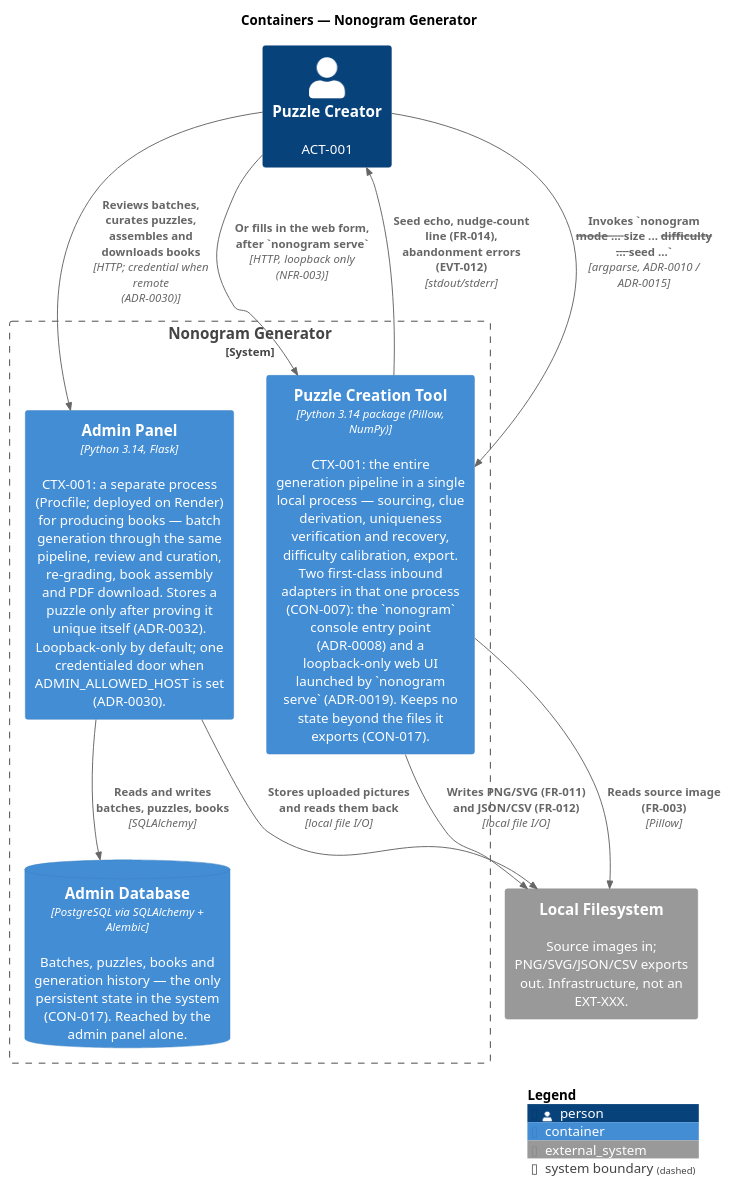
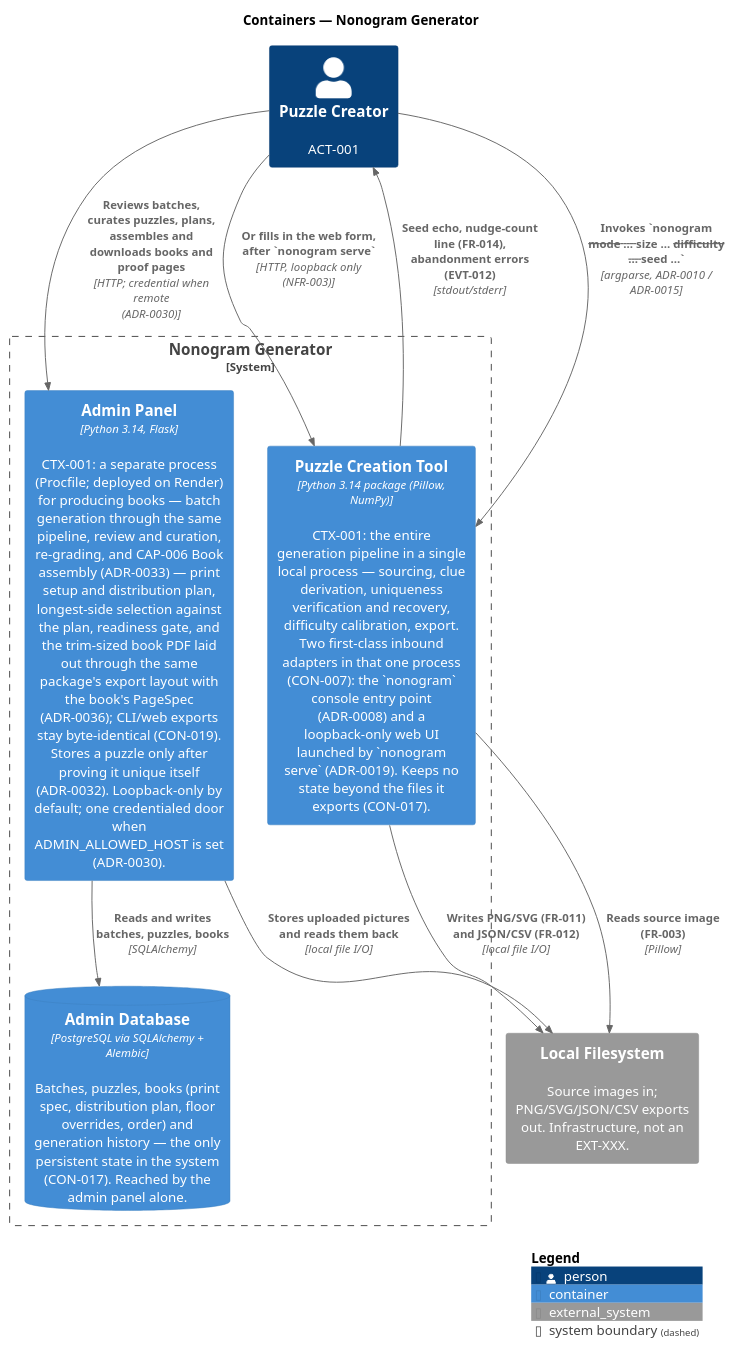
Before and after one commit to et0175/nonogram: the diagram in meta/architecture/c4/containers.puml, drawn with PlantUML. The commit also changed 5 other files, not shown here.

First line of the commit message:
arch: book generator synthesis — C4, trace, Increments 13-16

```diff
--- a/meta/architecture/c4/containers.puml
+++ b/meta/architecture/c4/containers.puml
@@ -1,57 +1,61 @@
 @startuml
 !include <C4/C4_Container>
 ' ============================================================
 ' C4 Containers Diagram — Auto-generated by forge:architect-synthesis.
 ' Do not edit manually.
 ' Generated from:
 '   CTX-001 (Puzzle Creation) — the ONLY bounded context; contexts.yml
 '     context_map is EMPTY (nothing to integrate with), so there is no
 '     broker, no gateway and no ACL container.
 '   platform.yml: stack = Python 3.14 + Pillow + NumPy (ADR-0006);
 '     runtime = installable src-layout package, PEP 621 pyproject.toml,
 '     [project.scripts] console entry point (ADR-0008);
 '     style = layered pipeline package (ADR-0007).
 '   CON-007 (CLI and web UI both first-class — superseded CON-001)
 '   CON-017 (the pipeline persists nothing beyond its exports; the admin
 '     panel keeps a database and is the only exception — superseded
 '     CON-003 on 2026-09-22, CARD-111)
 ' Three containers, one bounded context (CARD-112, 2026-09-22 — this
 ' diagram showed one until then, because CON-003 forbade the other two):
 '   - the generation tool: the CLI and the web UI are two adapters in ONE
 '     process, because ADR-0008 keeps a single console entry point and
 '     `nonogram serve` is a subcommand of it — a second adapter, not a
 '     second container;
 '   - the admin panel: a separate process with its own entry point
 '     (Procfile), deployed on Render;
 '   - its database, which only the admin panel reaches.
 ' Their internal seams are C4 Level 3 — see components-CTX-001.puml.
+' DELTA 2026-09-22 (book generator, ADR-0033): Book assembly (CAP-006,
+'   AGG-002) stays in CTX-001 inside the admin panel — no container added, the
+'   context map stays empty. Only the admin panel's and database's
+'   descriptions change.
 ' ============================================================
 title Containers — Nonogram Generator
 
 Person(puzzleCreator, "Puzzle Creator", "ACT-001")
 
 System_Boundary(nonogram, "Nonogram Generator") {
   Container(cliTool, "Puzzle Creation Tool", "Python 3.14 package (Pillow, NumPy)", "CTX-001: the entire generation pipeline in a single local process — sourcing, clue derivation, uniqueness verification and recovery, difficulty calibration, export. Two first-class inbound adapters in that one process (CON-007): the `nonogram` console entry point (ADR-0008) and a loopback-only web UI launched by `nonogram serve` (ADR-0019). Keeps no state beyond the files it exports (CON-017).")
 
-  Container(adminPanel, "Admin Panel", "Python 3.14, Flask", "CTX-001: a separate process (Procfile; deployed on Render) for producing books — batch generation through the same pipeline, review and curation, re-grading, book assembly and PDF download. Stores a puzzle only after proving it unique itself (ADR-0032). Loopback-only by default; one credentialed door when ADMIN_ALLOWED_HOST is set (ADR-0030).")
+  Container(adminPanel, "Admin Panel", "Python 3.14, Flask", "CTX-001: a separate process (Procfile; deployed on Render) for producing books — batch generation through the same pipeline, review and curation, re-grading, and CAP-006 Book assembly (ADR-0033) — print setup and distribution plan, longest-side selection against the plan, readiness gate, and the trim-sized book PDF laid out through the same package's export layout with the book's PageSpec (ADR-0036); CLI/web exports stay byte-identical (CON-019). Stores a puzzle only after proving it unique itself (ADR-0032). Loopback-only by default; one credentialed door when ADMIN_ALLOWED_HOST is set (ADR-0030).")
 
-  ContainerDb(database, "Admin Database", "PostgreSQL via SQLAlchemy + Alembic", "Batches, puzzles, books and generation history — the only persistent state in the system (CON-017). Reached by the admin panel alone.")
+  ContainerDb(database, "Admin Database", "PostgreSQL via SQLAlchemy + Alembic", "Batches, puzzles, books (print spec, distribution plan, floor overrides, order) and generation history — the only persistent state in the system (CON-017). Reached by the admin panel alone.")
 }
 
 System_Ext(filesystem, "Local Filesystem", "Source images in; PNG/SVG/JSON/CSV exports out. Infrastructure, not an EXT-XXX.")
 
 Rel(puzzleCreator, cliTool, "Invokes `nonogram --mode ... --size ... --difficulty ... --seed ...`", "argparse, ADR-0010 / ADR-0015")
 Rel(cliTool, puzzleCreator, "Seed echo, nudge-count line (FR-014), abandonment errors (EVT-012)", "stdout/stderr")
 Rel(puzzleCreator, cliTool, "Or fills in the web form, after `nonogram serve`", "HTTP, loopback only (NFR-003)")
 Rel(cliTool, filesystem, "Reads source image (FR-003)", "Pillow")
 Rel(cliTool, filesystem, "Writes PNG/SVG (FR-011) and JSON/CSV (FR-012)", "local file I/O")
 
 ' No Rel between adminPanel and cliTool, deliberately: the admin panel imports
 ' the same generation package into its OWN process; it never calls the other
 ' container. An arrow here would claim an inter-process call that does not exist.
-Rel(puzzleCreator, adminPanel, "Reviews batches, curates puzzles, assembles and downloads books", "HTTP; credential when remote (ADR-0030)")
+Rel(puzzleCreator, adminPanel, "Reviews batches, curates puzzles, plans, assembles and downloads books and proof pages", "HTTP; credential when remote (ADR-0030)")
 Rel(adminPanel, database, "Reads and writes batches, puzzles, books", "SQLAlchemy")
 Rel(adminPanel, filesystem, "Stores uploaded pictures and reads them back", "local file I/O")
 
 SHOW_LEGEND()
 @enduml
```
